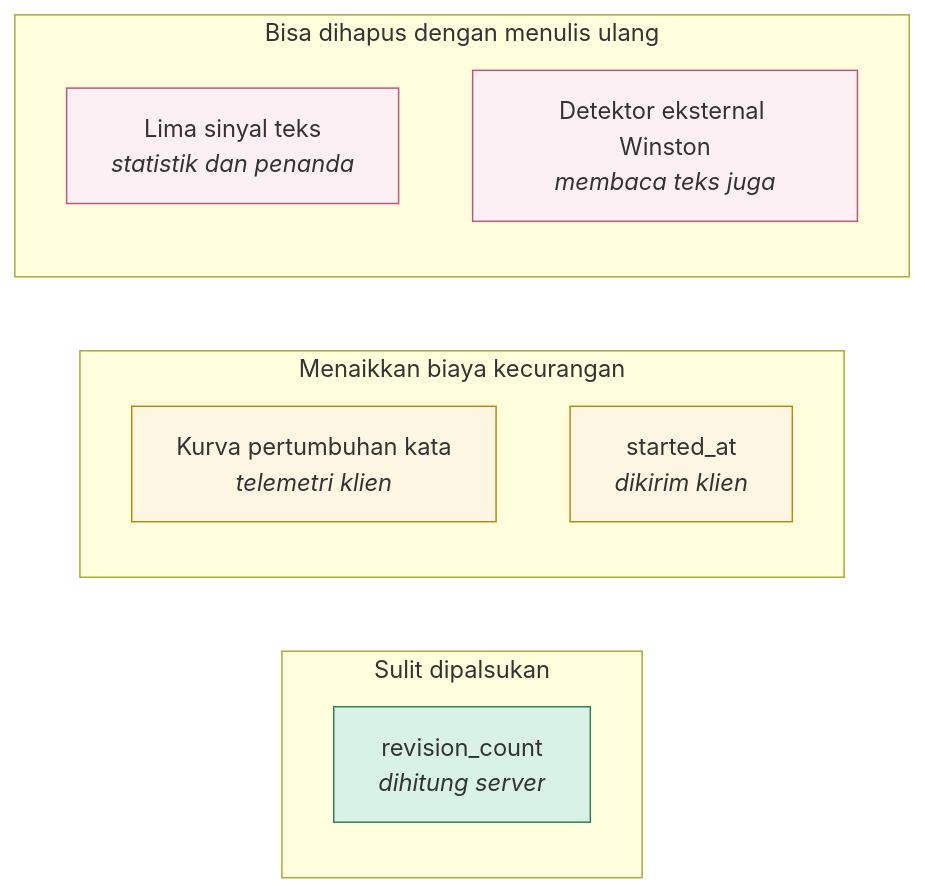
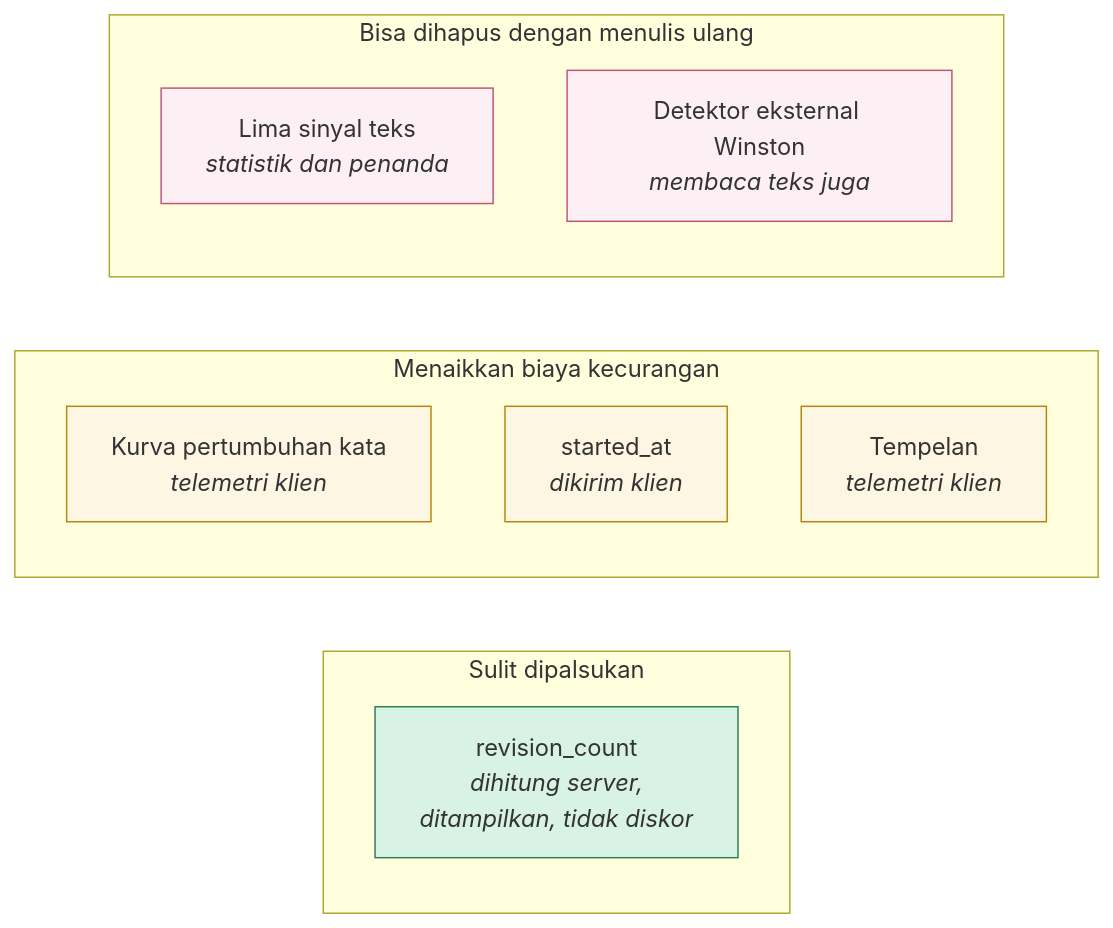
The fourth of 5 diagrams in diagram/04-interaksi-gabungan.md (FadhRach/ThinkPath), drawn with Mermaid before and after one commit. The commit also changed 13 other files, not shown here.

````diff
--- a/diagram/04-interaksi-gabungan.md
+++ b/diagram/04-interaksi-gabungan.md
@@ -129,21 +129,22 @@
 ```mermaid
 flowchart LR
     subgraph K["Sulit dipalsukan"]
-        A["revision_count<br/><i>dihitung server</i>"]
+        A["revision_count<br/><i>dihitung server,<br/>ditampilkan, tidak diskor</i>"]
     end
     subgraph S["Menaikkan biaya kecurangan"]
         B["Kurva pertumbuhan kata<br/><i>telemetri klien</i>"]
         C["started_at<br/><i>dikirim klien</i>"]
+        F["Tempelan<br/><i>telemetri klien</i>"]
     end
     subgraph L["Bisa dihapus dengan menulis ulang"]
         D["Lima sinyal teks<br/><i>statistik dan penanda</i>"]
         E["Detektor eksternal Winston<br/><i>membaca teks juga</i>"]
     end
 
     classDef kuat fill:#D9F2E6,stroke:#2E7D5B
     classDef sedang fill:#FDF6E3,stroke:#B8860B
     classDef lemah fill:#FDF0F4,stroke:#C2547A
     class A kuat
-    class B,C sedang
+    class B,C,F sedang
     class D,E lemah
 ```
````
